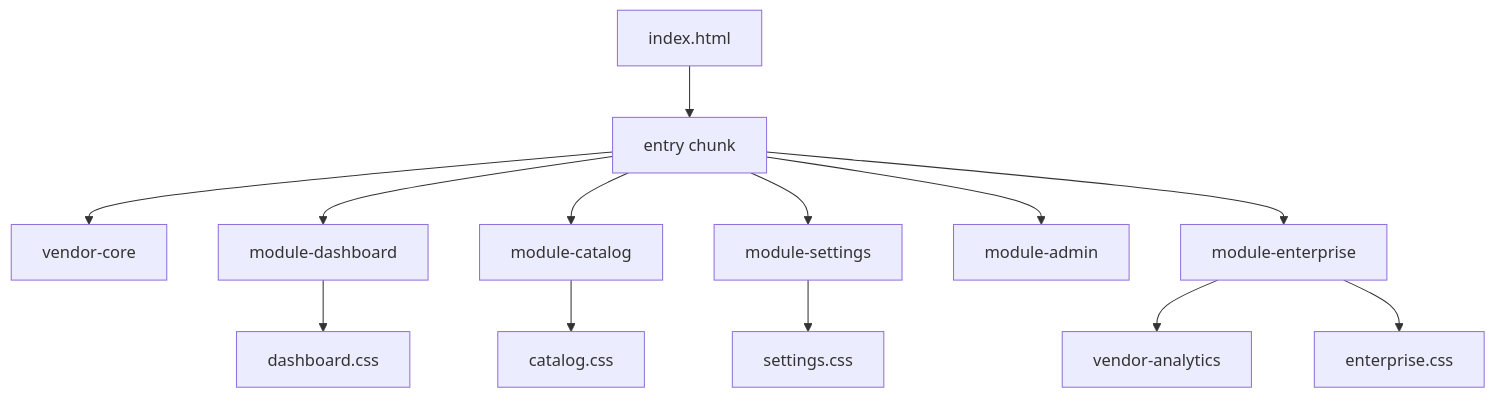
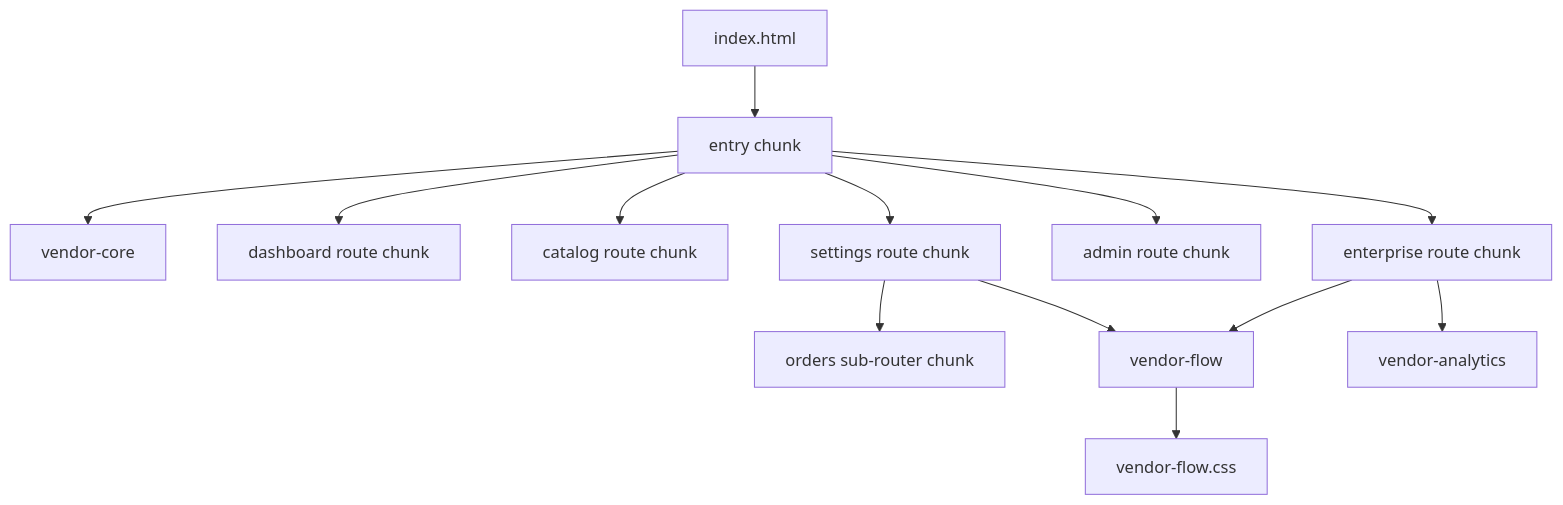
Before and after one commit to singhAmandeep007/wouter: the second of 3 diagrams in docs/frontend-optimization-guide.md, drawn with Mermaid. The commit also changed other lines of this file and 13 other files, not shown here.

````diff
--- a/docs/frontend-optimization-guide.md
+++ b/docs/frontend-optimization-guide.md
@@ -68,16 +74,16 @@
 ```mermaid
 graph TD
   A[index.html] --> B[entry chunk]
   B --> C[vendor-core]
-  B --> D[module-dashboard]
-  B --> E[module-catalog]
-  B --> F[module-settings]
-  B --> G[module-admin]
-  B --> H[module-enterprise]
+  B --> D[dashboard route chunk]
+  B --> E[catalog route chunk]
+  B --> F[settings route chunk]
+  B --> G[admin route chunk]
+  B --> H[enterprise route chunk]
 
-  H --> I[vendor-analytics]
-  H --> J[enterprise.css]
-  E --> K[catalog.css]
-  F --> L[settings.css]
-  D --> M[dashboard.css]
+  F --> I[orders sub-router chunk]
+  F --> J[vendor-flow]
+  H --> J[vendor-flow]
+  H --> K[vendor-analytics]
+  J --> L[vendor-flow.css]
 ```
````
